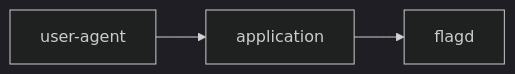
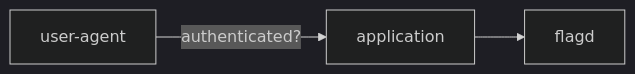
Before and after one commit to open-feature/open-feature-operator: the second of 9 diagrams in docs/threat_model.md, drawn with Mermaid (dark theme). The commit also changed other lines of this file, not shown here.

````diff
--- a/docs/threat_model.md
+++ b/docs/threat_model.md
@@ -63,4 +70,4 @@
 ```mermaid
 flowchart LR
-    user-agent --> application --> flagd
+    user-agent -->|authenticated?| application --> flagd
 ```
````
